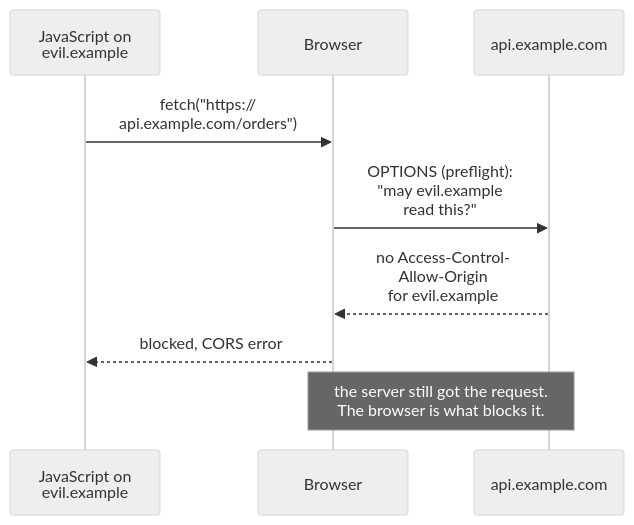
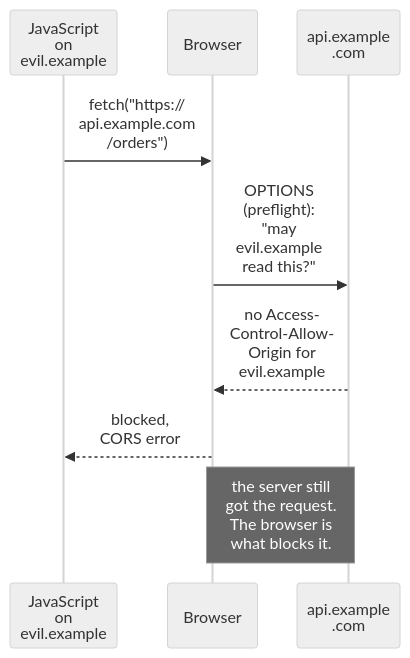
Before and after one commit to duongbui234/software-engineering-atlas: the third of 3 diagrams in content/en/posts/2026-11-18-api-security.md, drawn with Mermaid (neutral theme). The commit also changed other lines of this file and 134 other files, not shown here.

First line of the commit message:
Fit every Mermaid diagram at 390px without sideways scroll (#56)

````diff
--- a/content/en/posts/2026-11-18-api-security.md
+++ b/content/en/posts/2026-11-18-api-security.md
@@ -237,11 +237,12 @@
 ```mermaid
+%%{init: {"sequence": {"width": 90, "actorMargin": 12, "diagramMarginX": 8}}}%%
 sequenceDiagram
-    participant JS as JavaScript on<br/>evil.example
+    participant JS as JavaScript<br/>on<br/>evil.example
     participant BR as Browser
-    participant API as api.example.com
-    JS->>BR: fetch("https://<br/>api.example.com/orders")
-    BR->>API: OPTIONS (preflight):<br/>"may evil.example<br/>read this?"
-    API-->>BR: no Access-Control-<br/>Allow-Origin<br/>for evil.example
-    BR-->>JS: blocked, CORS error
-    Note over BR,API: the server still got the request.<br/>The browser is what blocks it.
+    participant API as api.example<br/>.com
+    JS->>BR: fetch("https://<br/>api.example.com<br/>/orders")
+    BR->>API: OPTIONS<br/>(preflight):<br/>"may<br/>evil.example<br/>read this?"
+    API-->>BR: no Access-<br/>Control-Allow-<br/>Origin for<br/>evil.example
+    BR-->>JS: blocked,<br/>CORS error
+    Note over BR,API: the server still<br/>got the request.<br/>The browser is<br/>what blocks it.
 ```
````
